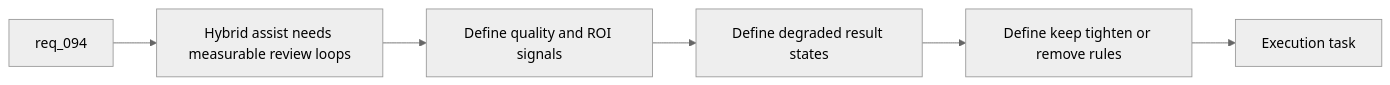
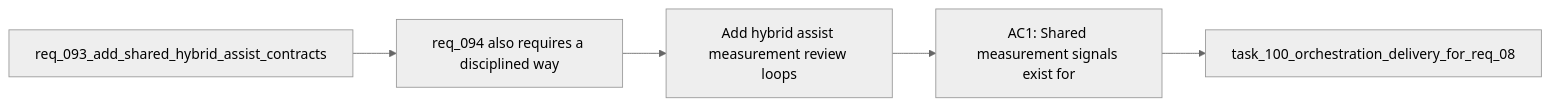
One commit to AlexAgo83/logics-manager changed the diagram in logics/backlog/item_154_add_hybrid_assist_measurement_review_loops_and_degraded_result_policies.md. Above: the diagram before and after it, drawn with Mermaid (neutral theme). The commit also changed 481 other files, not shown here.

````diff
--- a/logics/backlog/item_154_add_hybrid_assist_measurement_review_loops_and_degraded_result_policies.md
+++ b/logics/backlog/item_154_add_hybrid_assist_measurement_review_loops_and_degraded_result_policies.md
@@ -28,10 +28,9 @@
 ```mermaid
 %% logics-kind: backlog
 %% logics-signature: backlog|add-hybrid-assist-measurement-review-loo|req-093-add-shared-hybrid-assist-contrac|req-094-also-requires-a-disciplined-way|ac1-shared-measurement-signals-exist-for
 flowchart LR
-    Request[req_094] --> Problem[Hybrid assist needs measurable review loops]
-    Problem --> Measure[Define quality and ROI signals]
-    Measure --> Degraded[Define degraded result states]
-    Degraded --> Decide[Define keep tighten or remove rules]
-    Decide --> Done[Execution task]
+    Request[req_093_add_shared_hybrid_assist_contracts] --> Problem[req_094 also requires a disciplined way]
+    Problem --> Scope[Add hybrid assist measurement review loops]
+    Scope --> Acceptance[AC1: Shared measurement signals exist for]
+    Acceptance --> Tasks[task_100_orchestration_delivery_for_req_08]
 ```
````
